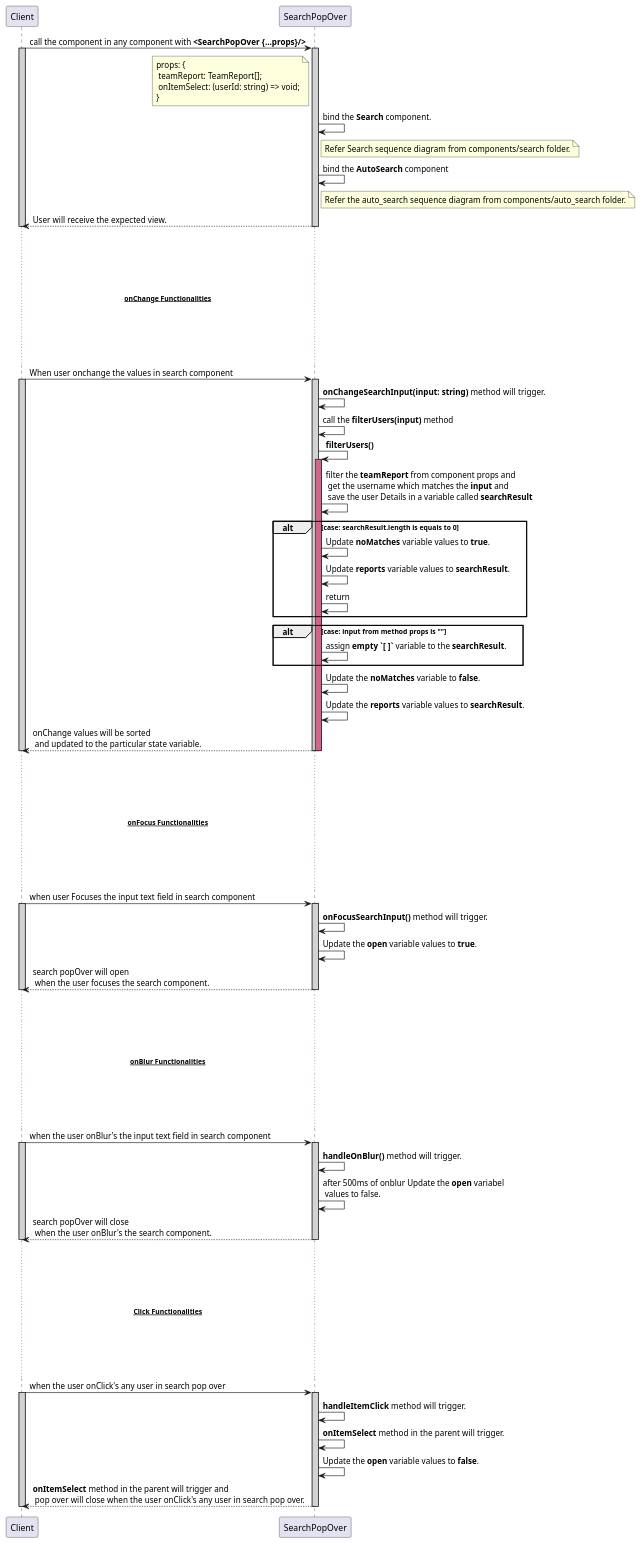
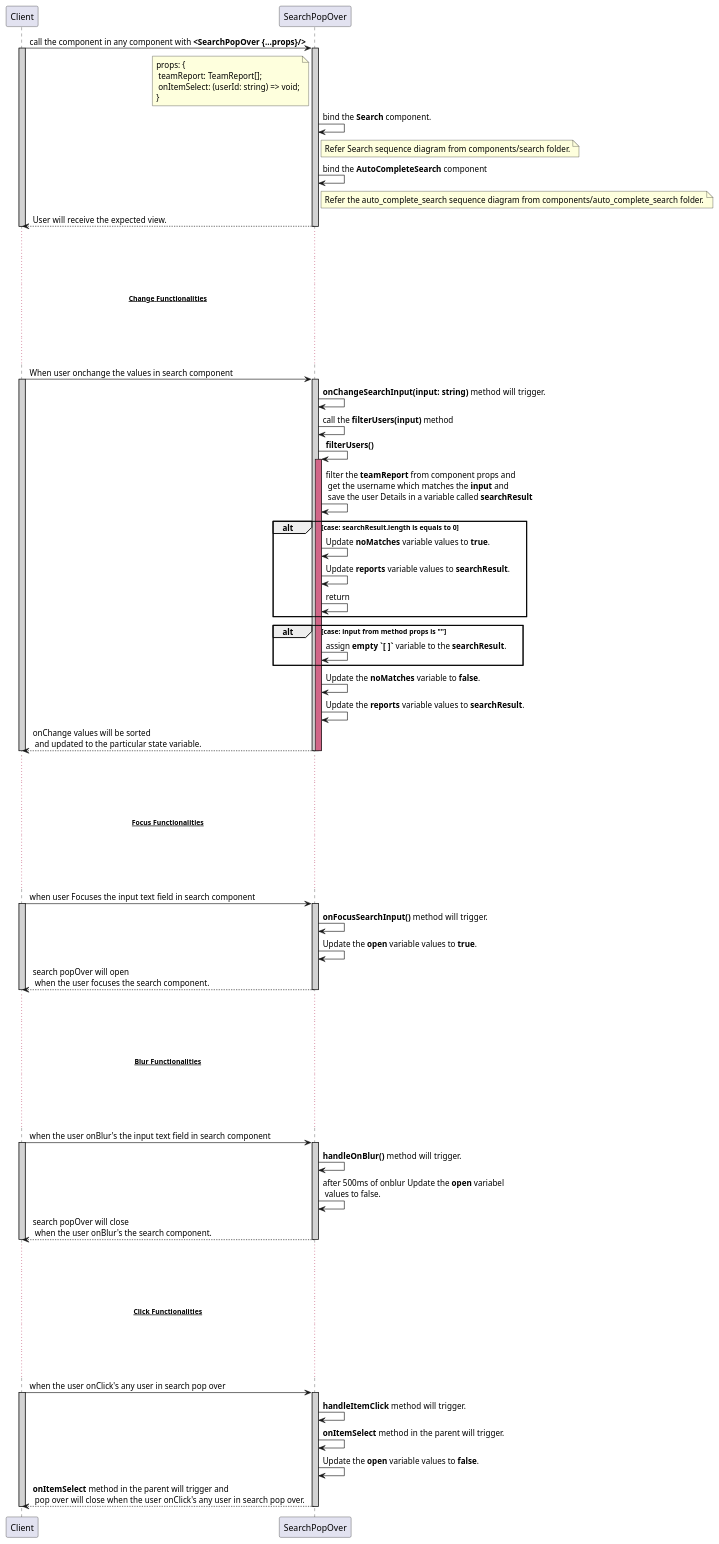
The diagram in frontend/components/search_pop_over/search_pop_over.sequence.puml (avasoft-mobility/workday-design), drawn with PlantUML before and after one commit. The commit also changed 2 other files, not shown here.

Commit message:
Change class and component name typo error

```diff
--- a/frontend/components/search_pop_over/search_pop_over.sequence.puml
+++ b/frontend/components/search_pop_over/search_pop_over.sequence.puml
@@ -1,93 +1,93 @@
 @startuml search pop_over sequence diagram
 participant Client
 participant SearchPopOver
 
 Client -> SearchPopOver : call the component in any component with **<SearchPopOver {...props}/>**
 activate Client #D3D3D3
     activate SearchPopOver #D3D3D3
         note left of SearchPopOver : props: {\n teamReport: TeamReport[];\n onItemSelect: (userId: string) => void;\n}
         SearchPopOver -> SearchPopOver : bind the **Search** component.
         note right of SearchPopOver : Refer Search sequence diagram from components/search folder.
-        SearchPopOver -> SearchPopOver : bind the **AutoSearch** component
-        note right of SearchPopOver : Refer the auto_search sequence diagram from components/auto_search folder.
+        SearchPopOver -> SearchPopOver : bind the **AutoCompleteSearch** component
+        note right of SearchPopOver : Refer the auto_complete_search sequence diagram from components/auto_complete_search folder.
         Client <-- SearchPopOver : User will receive the expected view.
     deactivate SearchPopOver
 deactivate Client
 
 ... ...
 ... ...
-...~~**onChange Functionalities**~~ ...
+...~~**Change Functionalities**~~ ...
 ... ...
 ... ...
 
 Client -> SearchPopOver : When user onchange the values in search component
 activate Client #D3D3D3
     activate SearchPopOver #D3D3D3
         SearchPopOver -> SearchPopOver : **onChangeSearchInput(input: string)** method will trigger.
         SearchPopOver -> SearchPopOver : call the **filterUsers(input)** method
         SearchPopOver -> SearchPopOver : **filterUsers()**
         activate SearchPopOver #D16587
             SearchPopOver -> SearchPopOver : filter the **teamReport** from component props and\n get the username which matches the **input** and\n save the user Details in a variable called **searchResult**
             alt case: searchResult.length is equals to 0
                 SearchPopOver -> SearchPopOver : Update **noMatches** variable values to **true**.
                 SearchPopOver -> SearchPopOver : Update **reports** variable values to **searchResult**.
                 SearchPopOver -> SearchPopOver : return
             end
             alt case: input from method props is ""
                 SearchPopOver -> SearchPopOver : assign **empty `[ ]`** variable to the **searchResult**.
             end
             SearchPopOver -> SearchPopOver : Update the **noMatches** variable to **false**.
             SearchPopOver -> SearchPopOver : Update the **reports** variable values to **searchResult**.
             Client <-- SearchPopOver : onChange values will be sorted\n and updated to the particular state variable.
         deactivate SearchPopOver
     deactivate SearchPopOver
 deactivate Client
 
 ... ...
 ... ...
-...~~**onFocus Functionalities**~~ ...
+...~~**Focus Functionalities**~~ ...
 ... ...
 ... ...
 
 Client -> SearchPopOver : when user Focuses the input text field in search component
 activate Client #D3D3D3
     activate SearchPopOver #D3D3D3
         SearchPopOver -> SearchPopOver : **onFocusSearchInput()** method will trigger.
         SearchPopOver -> SearchPopOver : Update the **open** variable values to **true**.
         Client <-- SearchPopOver : search popOver will open\n when the user focuses the search component.
     deactivate SearchPopOver
 deactivate Client
 
 
 ... ...
 ... ...
-...~~**onBlur Functionalities**~~ ...
+...~~**Blur Functionalities**~~ ...
 ... ...
 ... ...
 
 Client -> SearchPopOver : when the user onBlur's the input text field in search component
 activate Client #D3D3D3
     activate SearchPopOver #D3D3D3
         SearchPopOver -> SearchPopOver : **handleOnBlur()** method will trigger.
         SearchPopOver -> SearchPopOver : after 500ms of onblur Update the **open** variabel\n values to false.
         Client <-- SearchPopOver : search popOver will close\n when the user onBlur's the search component.
     deactivate SearchPopOver
 deactivate Client
 
 ... ...
 ... ...
 ...~~**Click Functionalities**~~ ...
 ... ...
 ... ...
 
 Client -> SearchPopOver : when the user onClick's any user in search pop over
 activate Client #D3D3D3
     activate SearchPopOver #D3D3D3
         SearchPopOver -> SearchPopOver : **handleItemClick** method will trigger.
         SearchPopOver -> SearchPopOver : **onItemSelect** method in the parent will trigger.
         SearchPopOver -> SearchPopOver : Update the **open** variable values to **false**.
         Client <-- SearchPopOver : **onItemSelect** method in the parent will trigger and\n pop over will close when the user onClick's any user in search pop over.
     deactivate SearchPopOver
 deactivate Client
 
 @enduml
```
